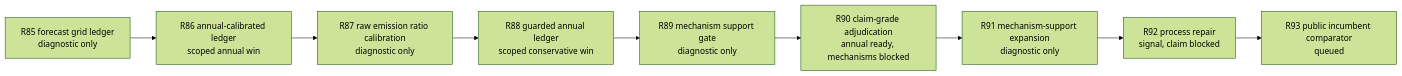
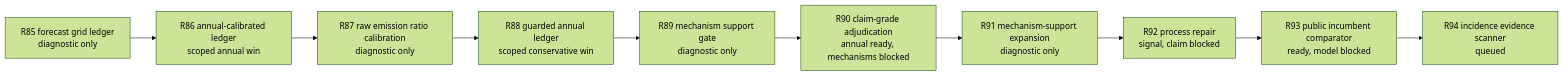
The fifth of 5 diagrams in README.md (gauravshajepal-hash/ModelHIV-PH), drawn with Mermaid (forest theme) before and after one commit. The commit also changed other lines of this file and 5 other files, not shown here.

Commit message:
Add R93 public incumbent comparator

````diff
--- a/README.md
+++ b/README.md
@@ -346,11 +362,12 @@
 ```mermaid
 flowchart LR
     R85["R85 forecast grid ledger<br/>diagnostic only"] --> R86["R86 annual-calibrated ledger<br/>scoped annual win"]
     R86 --> R87["R87 raw emission ratio calibration<br/>diagnostic only"]
     R87 --> R88["R88 guarded annual ledger<br/>scoped conservative win"]
     R88 --> R89["R89 mechanism support gate<br/>diagnostic only"]
     R89 --> R90["R90 claim-grade adjudication<br/>annual ready, mechanisms blocked"]
     R90 --> R91["R91 mechanism-support expansion<br/>diagnostic only"]
     R91 --> R92["R92 process repair<br/>signal, claim blocked"]
-    R92 --> R93["R93 public incumbent comparator<br/>queued"]
+    R92 --> R93["R93 public incumbent comparator<br/>ready, model blocked"]
+    R93 --> R94["R94 incidence evidence scanner<br/>queued"]
 ```
````
